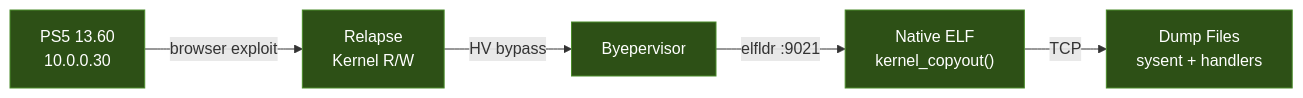
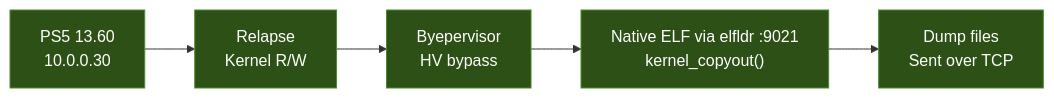
Before and after one commit to 0x7067/PS5-14.10-Research: the first of 2 diagrams in docs/dumps_13.60/README.md, drawn with Mermaid. The commit also changed other lines of this file, not shown here.

Commit message:
Add README for V13.60 kernel dumps

````diff
--- a/docs/dumps_13.60/README.md
+++ b/docs/dumps_13.60/README.md
@@ -9,13 +9,13 @@
 ```mermaid
 graph LR
-    A["PS5 13.60<br/>10.0.0.30"] -->|browser exploit| B["Relapse<br/>Kernel R/W"]
-    B -->|HV bypass| C["Byepervisor"]
-    C -->|elfldr :9021| D["Native ELF<br/>kernel_copyout()"]
-    D -->|TCP| E["Dump Files<br/>sysent + handlers"]
+    A["PS5 13.60<br/>10.0.0.30"] --> B["Relapse<br/>Kernel R/W"]
+    B --> C["Byepervisor<br/>HV bypass"]
+    C --> D["Native ELF via elfldr :9021<br/>kernel_copyout()"]
+    D --> E["Dump files<br/>Sent over TCP"]
 
     style A fill:#2d5016,stroke:#4a8c2a,color:#fff
     style B fill:#2d5016,stroke:#4a8c2a,color:#fff
     style C fill:#2d5016,stroke:#4a8c2a,color:#fff
     style D fill:#2d5016,stroke:#4a8c2a,color:#fff
     style E fill:#2d5016,stroke:#4a8c2a,color:#fff
 ```
````
